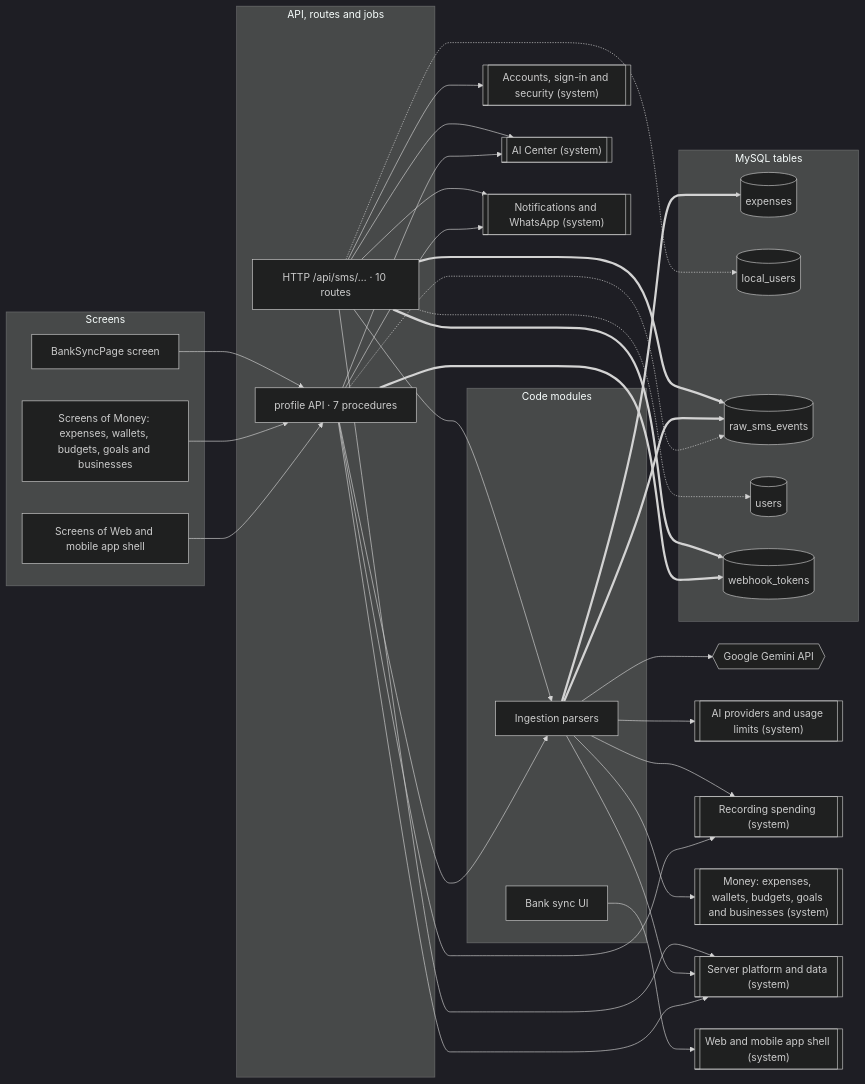
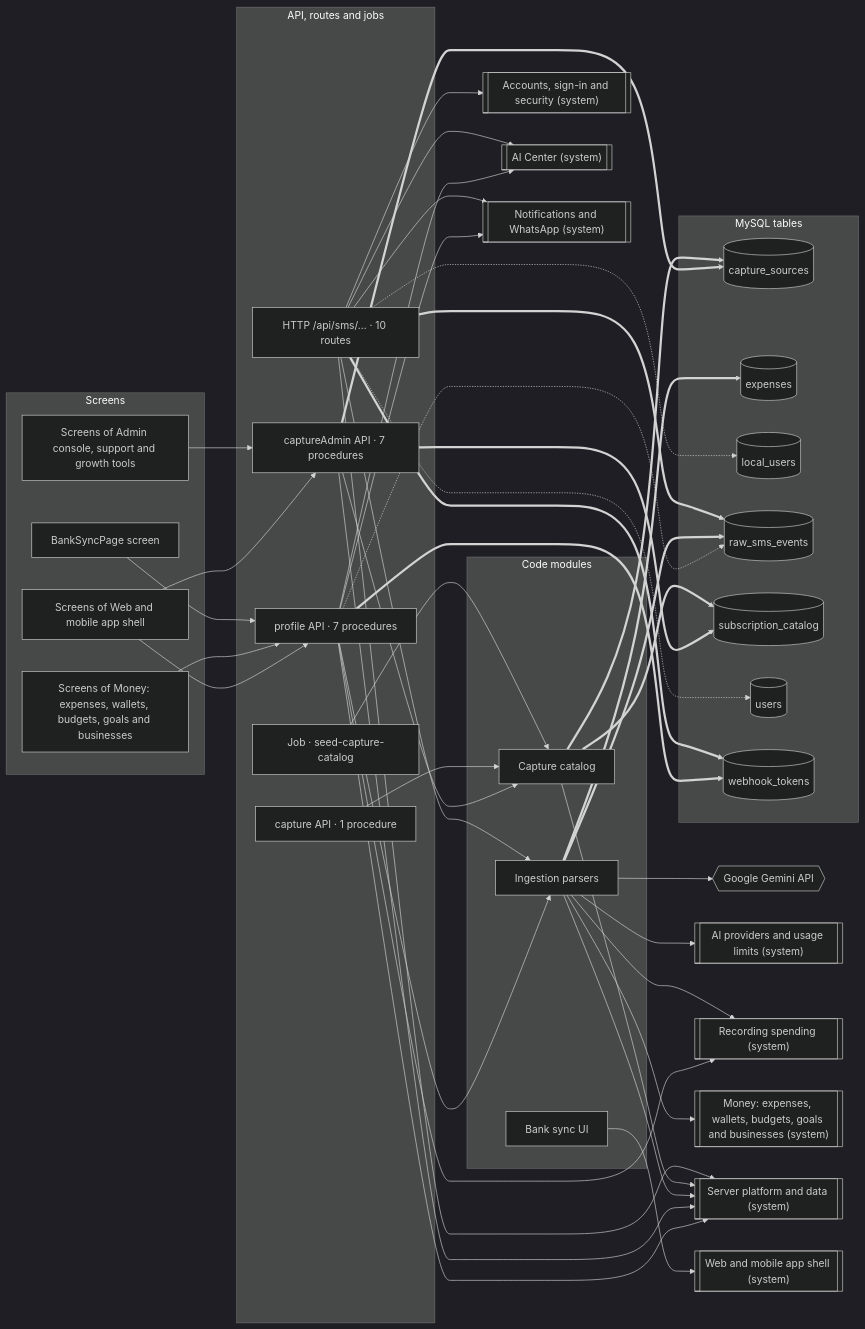
The first of 2 diagrams in docs/atlas/systems/bank-messages.md (mahmoudtaherr111/smartspend_mini_all), drawn with Mermaid (dark theme) before and after one commit. The commit also changed other lines of this file and 55 other files, not shown here.

````diff
--- a/docs/atlas/systems/bank-messages.md
+++ b/docs/atlas/systems/bank-messages.md
@@ -13,59 +13,77 @@
 ```mermaid
 flowchart LR
   subgraph g_screens["Screens"]
     page_BankSyncPage["BankSyncPage screen"]
+    screens_admin["Screens of Admin console, support and growth tools"]
     screens_money["Screens of Money: expenses, wallets, budgets, goals and businesses"]
     screens_web_app["Screens of Web and mobile app shell"]
   end
   subgraph g_api["API, routes and jobs"]
     http__api_sms["HTTP /api/sms/… · 10 routes"]
+    job_seed_capture_catalog["Job · seed-capture-catalog"]
+    router_captureAdmin["captureAdmin API · 7 procedures"]
+    router_capture["capture API · 1 procedure"]
     router_profile["profile API · 7 procedures"]
   end
   subgraph g_modules["Code modules"]
+    mod_capture_catalog["Capture catalog"]
     mod_ingestion_parsers["Ingestion parsers"]
     mod_web_bank_sync["Bank sync UI"]
   end
   subgraph g_tables["MySQL tables"]
+    tbl_capture_sources[("capture_sources")]
     tbl_expenses[("expenses")]
     tbl_local_users[("local_users")]
     tbl_raw_sms_events[("raw_sms_events")]
+    tbl_subscription_catalog[("subscription_catalog")]
     tbl_users[("users")]
     tbl_webhook_tokens[("webhook_tokens")]
   end
   ext_gemini{{"Google Gemini API"}}
   sys_accounts[["Accounts, sign-in and security (system)"]]
   sys_ai_center[["AI Center (system)"]]
   sys_ai_platform[["AI providers and usage limits (system)"]]
   sys_expense_capture[["Recording spending (system)"]]
   sys_money[["Money: expenses, wallets, budgets, goals and businesses (system)"]]
   sys_notifications[["Notifications and WhatsApp (system)"]]
   sys_platform[["Server platform and data (system)"]]
   sys_web_app[["Web and mobile app shell (system)"]]
   http__api_sms --> mod_ingestion_parsers
   http__api_sms --> sys_accounts
   http__api_sms --> sys_ai_center
   http__api_sms --> sys_notifications
   http__api_sms --> sys_platform
   http__api_sms -.-> tbl_local_users
   http__api_sms -.-> tbl_users
   http__api_sms ==> tbl_raw_sms_events
   http__api_sms ==> tbl_webhook_tokens
+  job_seed_capture_catalog --> mod_capture_catalog
+  mod_capture_catalog --> sys_platform
+  mod_capture_catalog ==> tbl_capture_sources
+  mod_capture_catalog ==> tbl_subscription_catalog
   mod_ingestion_parsers --> ext_gemini
   mod_ingestion_parsers --> sys_ai_platform
   mod_ingestion_parsers --> sys_expense_capture
   mod_ingestion_parsers --> sys_money
   mod_ingestion_parsers --> sys_platform
   mod_ingestion_parsers ==> tbl_expenses
   mod_ingestion_parsers ==> tbl_raw_sms_events
   mod_web_bank_sync --> sys_web_app
   page_BankSyncPage --> router_profile
+  router_capture --> mod_capture_catalog
+  router_captureAdmin --> mod_capture_catalog
+  router_captureAdmin --> sys_platform
+  router_captureAdmin ==> tbl_capture_sources
+  router_captureAdmin ==> tbl_subscription_catalog
   router_profile --> mod_ingestion_parsers
   router_profile --> sys_ai_center
   router_profile --> sys_expense_capture
   router_profile --> sys_notifications
   router_profile --> sys_platform
   router_profile -.-> tbl_raw_sms_events
   router_profile ==> tbl_webhook_tokens
+  screens_admin --> router_captureAdmin
   screens_money --> router_profile
+  screens_web_app --> router_captureAdmin
   screens_web_app --> router_profile
 ```
````
